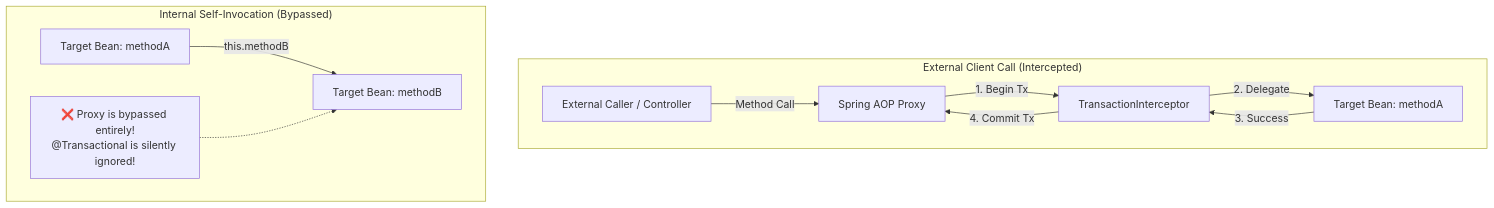
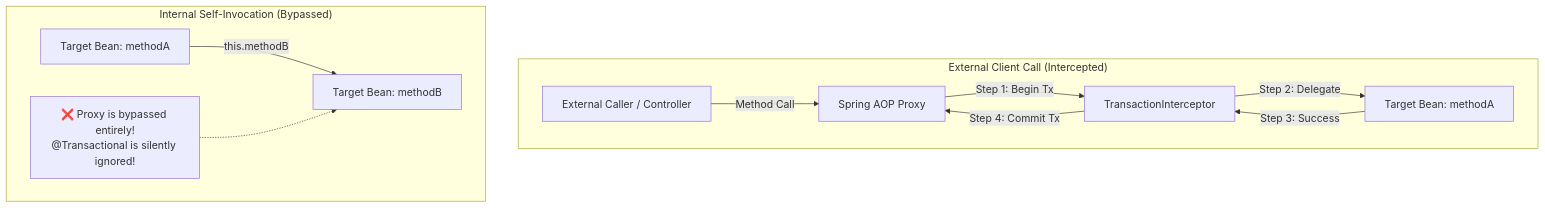
One commit to saraswatdeepesh19/Interview-Preparation changed the diagram in eng/11. Transactions/22. What Happens When Calling a Transactional Method from Another Method in the Same Class.md. Above: the diagram before and after it, drawn with Mermaid. The commit also changed 8 other files, not shown here.

First line of the commit message:
Render Mermaid diagrams on the site

````diff
--- a/eng/11. Transactions/22. What Happens When Calling a Transactional Method from Another Method in the Same Class.md
+++ b/eng/11. Transactions/22. What Happens When Calling a Transactional Method from Another Method in the Same Class.md
@@ -17,15 +17,15 @@
 ```mermaid
 flowchart TD
     subgraph ExternalInvocation["External Client Call (Intercepted)"]
         Client[External Caller / Controller] -->|Method Call| Proxy[Spring AOP Proxy]
-        Proxy -->|1. Begin Tx| Interceptor[TransactionInterceptor]
-        Interceptor -->|2. Delegate| TargetMethod[Target Bean: methodA]
-        TargetMethod -->|3. Success| Interceptor
-        Interceptor -->|4. Commit Tx| Proxy
+        Proxy -->|Step 1: Begin Tx| Interceptor[TransactionInterceptor]
+        Interceptor -->|Step 2: Delegate| TargetMethod[Target Bean: methodA]
+        TargetMethod -->|Step 3: Success| Interceptor
+        Interceptor -->|Step 4: Commit Tx| Proxy
     end
 
     subgraph SelfInvocation["Internal Self-Invocation (Bypassed)"]
         BeanMethodA[Target Bean: methodA] -->|this.methodB| BeanMethodB[Target Bean: methodB]
         note["❌ Proxy is bypassed entirely!\n@Transactional is silently ignored!"] -.-> BeanMethodB
     end
 ```
````
